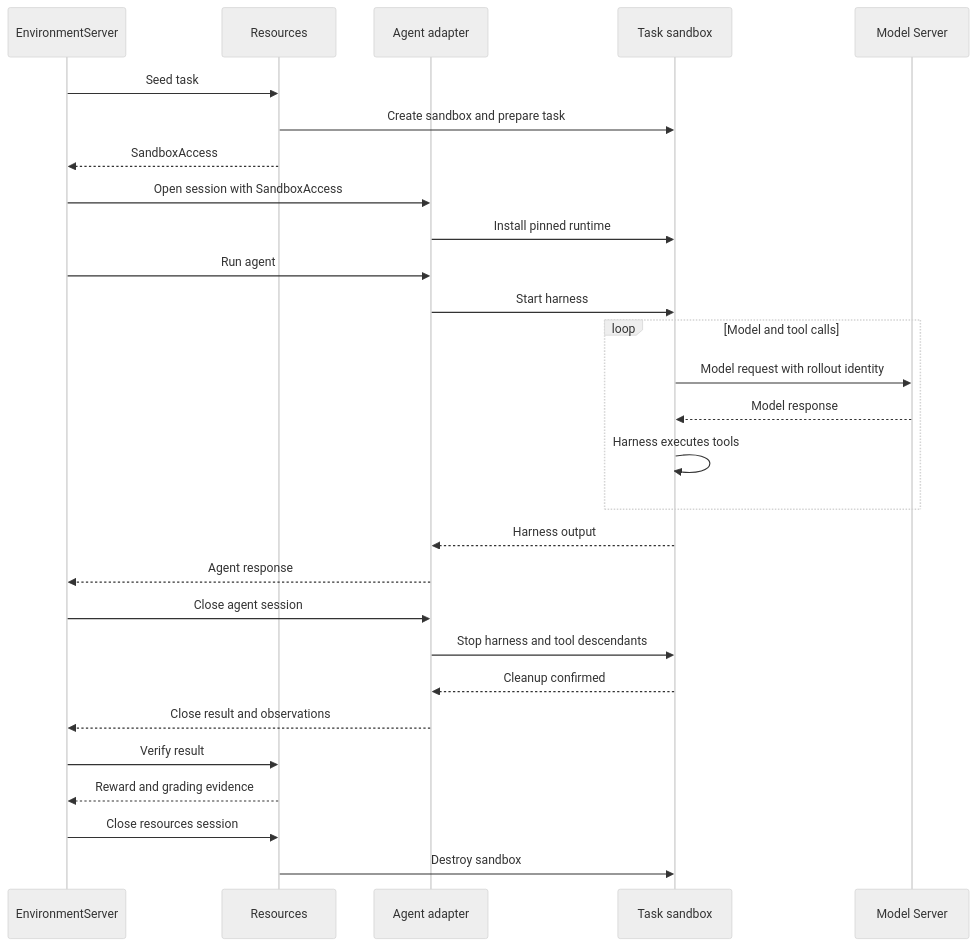
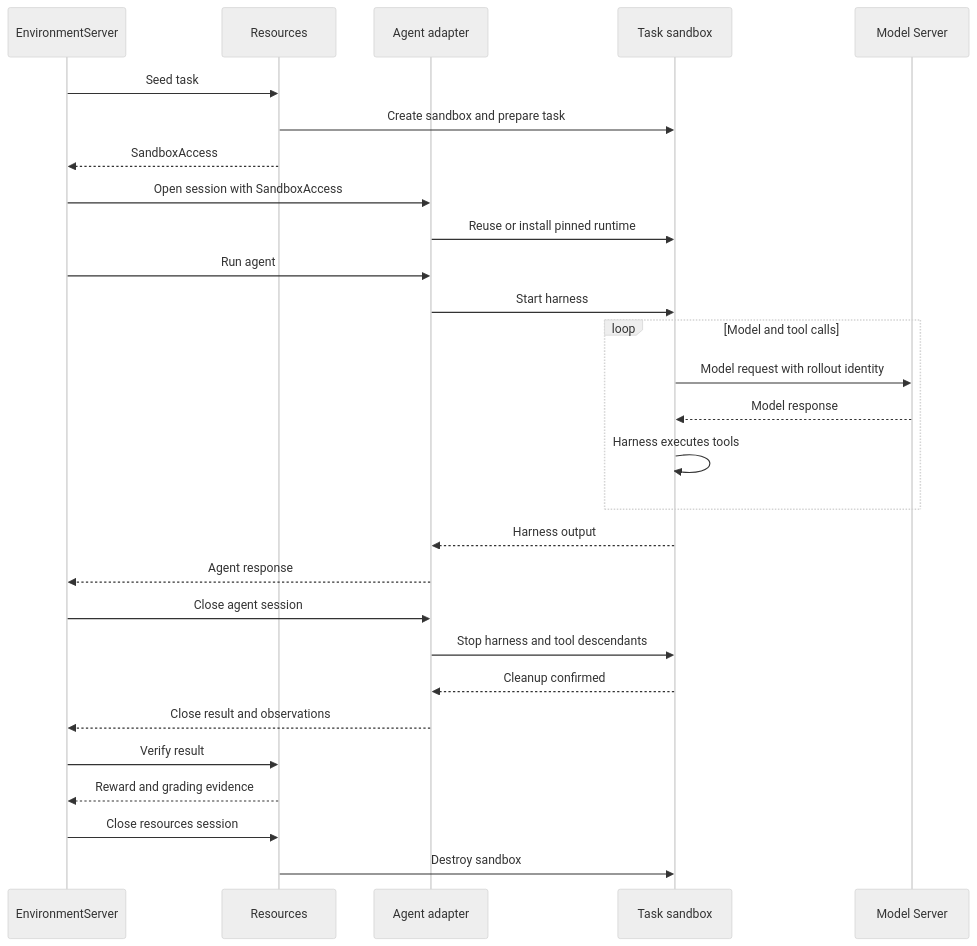
Before and after one commit to NVIDIA-NeMo/Gym: the first of 2 diagrams in fern/versions/latest/pages/agent-server/add-or-update-a-harness.mdx, drawn with Mermaid (neutral theme). The commit also changed other lines of this file, not shown here.

````diff
--- a/fern/versions/latest/pages/agent-server/add-or-update-a-harness.mdx
+++ b/fern/versions/latest/pages/agent-server/add-or-update-a-harness.mdx
@@ -23,31 +23,31 @@
 ```mermaid
 sequenceDiagram
     participant E as EnvironmentServer
     participant R as Resources
     participant A as Agent adapter
     participant S as Task sandbox
     participant M as Model Server
 
     E->>R: Seed task
     R->>S: Create sandbox and prepare task
     R-->>E: SandboxAccess
     E->>A: Open session with SandboxAccess
-    A->>S: Install pinned runtime
+    A->>S: Reuse or install pinned runtime
     E->>A: Run agent
     A->>S: Start harness
     loop Model and tool calls
         S->>M: Model request with rollout identity
         M-->>S: Model response
         S->>S: Harness executes tools
     end
     S-->>A: Harness output
     A-->>E: Agent response
     E->>A: Close agent session
     A->>S: Stop harness and tool descendants
     S-->>A: Cleanup confirmed
     A-->>E: Close result and observations
     E->>R: Verify result
     R-->>E: Reward and grading evidence
     E->>R: Close resources session
     R->>S: Destroy sandbox
 ```
````
